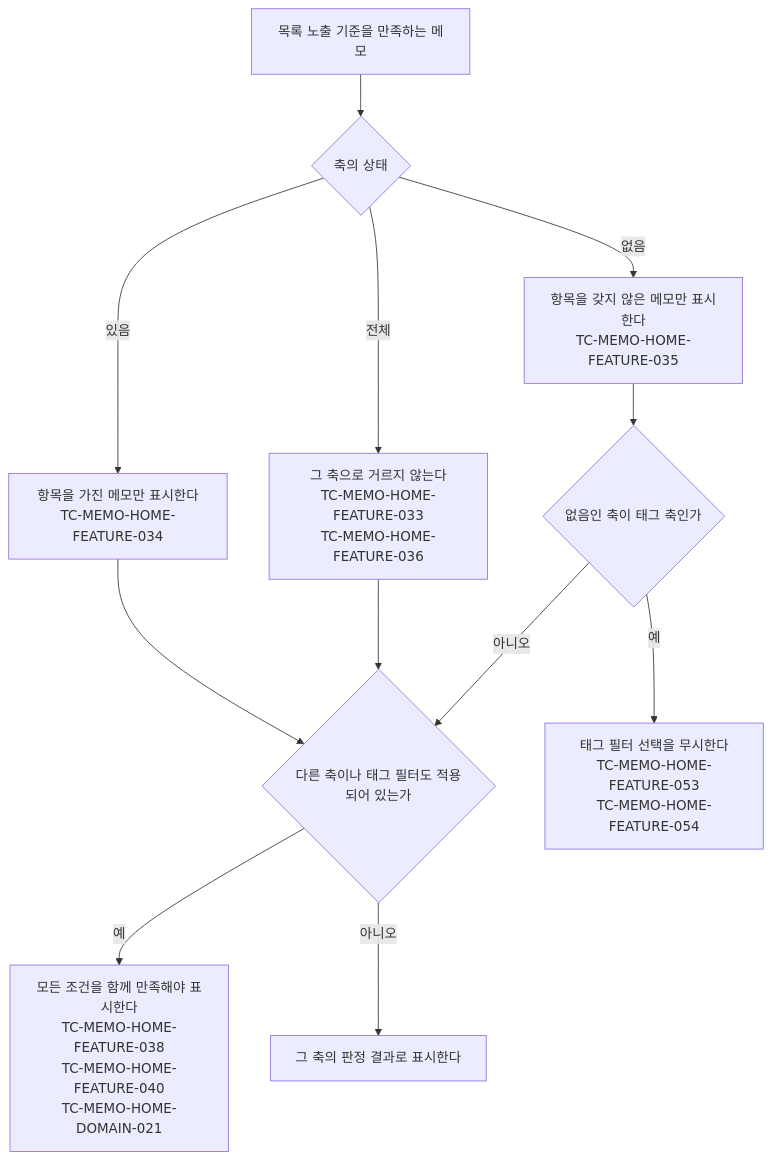
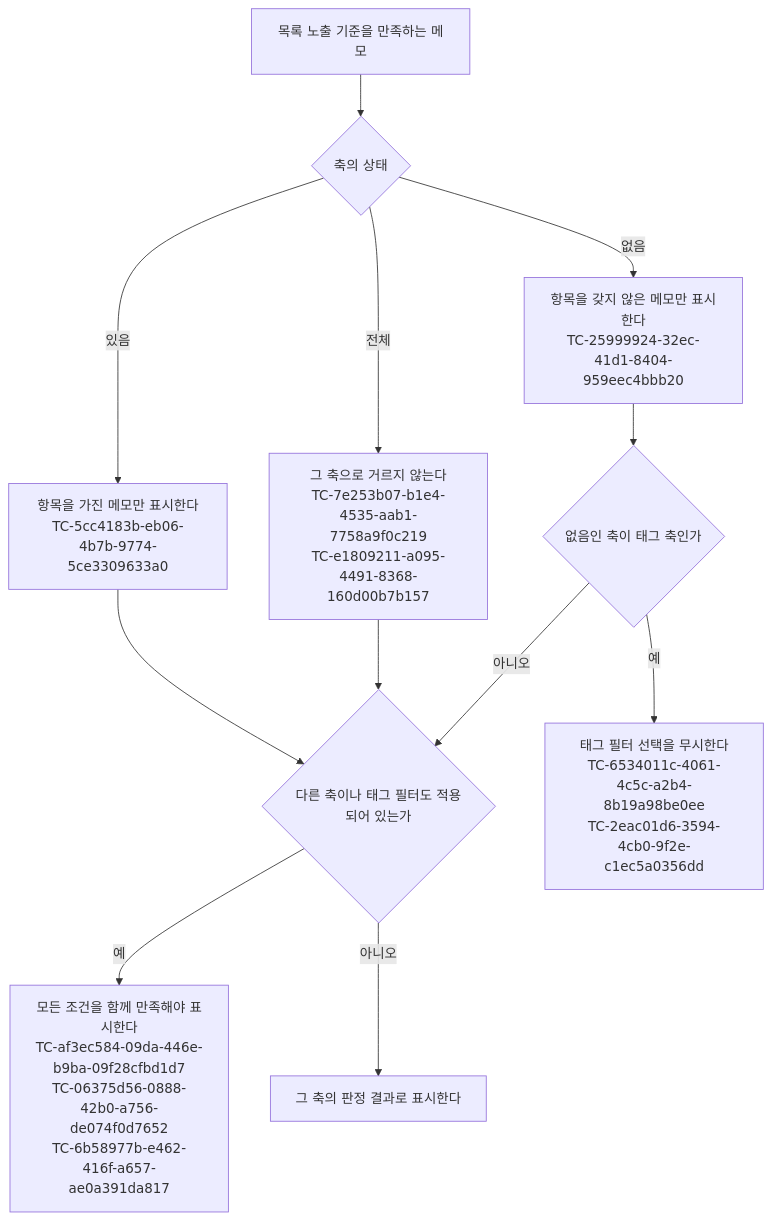
Before and after one commit to taetae98coding/DiaryKMP: the diagram in docs/testcase/memo-home.md, drawn with Mermaid. The commit also changed other lines of this file and 1177 other files, not shown here.

````diff
--- a/docs/testcase/memo-home.md
+++ b/docs/testcase/memo-home.md
@@ -238,14 +238,14 @@
 ```mermaid
 flowchart TD
     Start["목록 노출 기준을 만족하는 메모"] --> State{"축의 상태"}
-    State -- "전체" --> All["그 축으로 거르지 않는다<br/>TC-MEMO-HOME-FEATURE-033<br/>TC-MEMO-HOME-FEATURE-036"]
-    State -- "있음" --> With["항목을 가진 메모만 표시한다<br/>TC-MEMO-HOME-FEATURE-034"]
-    State -- "없음" --> Without["항목을 갖지 않은 메모만 표시한다<br/>TC-MEMO-HOME-FEATURE-035"]
+    State -- "전체" --> All["그 축으로 거르지 않는다<br/>TC-7e253b07-b1e4-4535-aab1-7758a9f0c219<br/>TC-e1809211-a095-4491-8368-160d00b7b157"]
+    State -- "있음" --> With["항목을 가진 메모만 표시한다<br/>TC-5cc4183b-eb06-4b7b-9774-5ce3309633a0"]
+    State -- "없음" --> Without["항목을 갖지 않은 메모만 표시한다<br/>TC-25999924-32ec-41d1-8404-959eec4bbb20"]
     With --> Combine{"다른 축이나 태그 필터도 적용되어 있는가"}
     All --> Combine
     Without --> TagAxis{"없음인 축이 태그 축인가"}
-    TagAxis -- "예" --> Ignore["태그 필터 선택을 무시한다<br/>TC-MEMO-HOME-FEATURE-053<br/>TC-MEMO-HOME-FEATURE-054"]
+    TagAxis -- "예" --> Ignore["태그 필터 선택을 무시한다<br/>TC-6534011c-4061-4c5c-a2b4-8b19a98be0ee<br/>TC-2eac01d6-3594-4cb0-9f2e-c1ec5a0356dd"]
     TagAxis -- "아니오" --> Combine
-    Combine -- "예" --> And["모든 조건을 함께 만족해야 표시한다<br/>TC-MEMO-HOME-FEATURE-038<br/>TC-MEMO-HOME-FEATURE-040<br/>TC-MEMO-HOME-DOMAIN-021"]
+    Combine -- "예" --> And["모든 조건을 함께 만족해야 표시한다<br/>TC-af3ec584-09da-446e-b9ba-09f28cfbd1d7<br/>TC-06375d56-0888-42b0-a756-de074f0d7652<br/>TC-6b58977b-e462-416f-a657-ae0a391da817"]
     Combine -- "아니오" --> Done["그 축의 판정 결과로 표시한다"]
 ```
````
